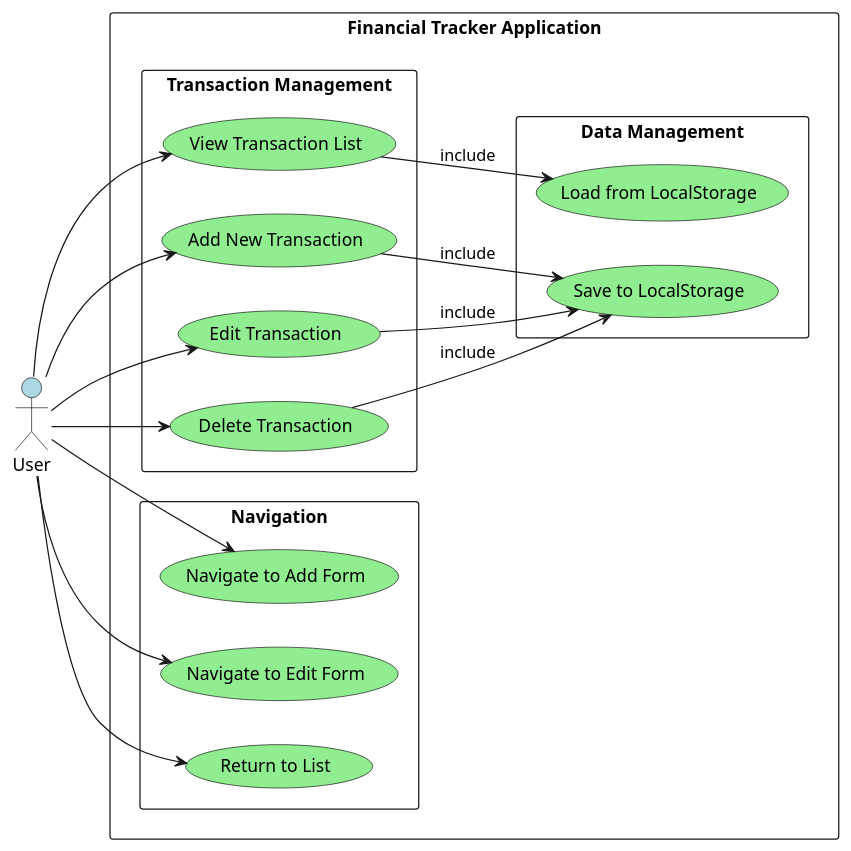
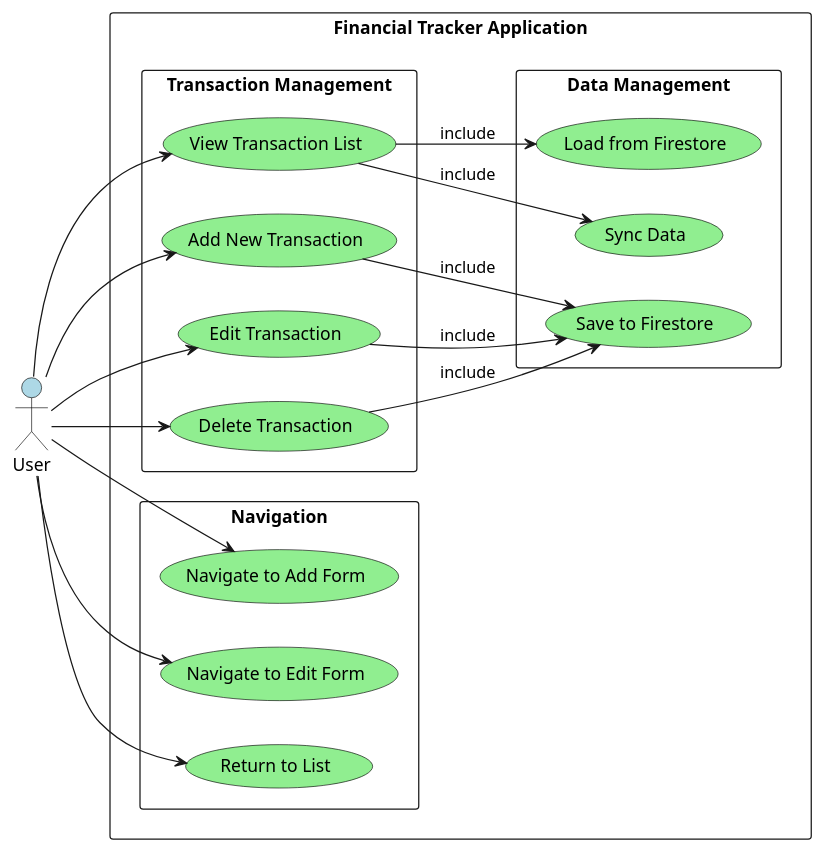
The first of 16 diagrams in README.md (MarchianTz/test_subj), drawn with PlantUML before and after one commit. The commit also changed other lines of this file, not shown here.

````diff
--- a/README.md
+++ b/README.md
@@ -158,49 +158,51 @@
 ```plantuml
 @startuml Use Case Diagram - Financial Tracker
 left to right direction
 skinparam actor {
     BackgroundColor #LightBlue
     BorderColor #000000
 }
 
 skinparam usecase {
     BackgroundColor #LightGreen
     BorderColor #000000
 }
 
 actor "User" as user
 
 rectangle "Financial Tracker Application" as system {
     rectangle "Transaction Management" as transaction {
         usecase "View Transaction List" as view_list
         usecase "Add New Transaction" as add_transaction
         usecase "Edit Transaction" as edit_transaction
         usecase "Delete Transaction" as delete_transaction
     }
     
     rectangle "Navigation" as navigation {
         usecase "Navigate to Add Form" as nav_add
         usecase "Navigate to Edit Form" as nav_edit
         usecase "Return to List" as nav_back
     }
     
     rectangle "Data Management" as data {
-        usecase "Save to LocalStorage" as save_data
-        usecase "Load from LocalStorage" as load_data
+        usecase "Save to Firestore" as save_data
+        usecase "Load from Firestore" as load_data
+        usecase "Sync Data" as sync_data
     }
 }
 
 user --> view_list
 user --> add_transaction
 user --> edit_transaction
 user --> delete_transaction
 user --> nav_add
 user --> nav_edit
 user --> nav_back
 
 view_list --> load_data : include
 add_transaction --> save_data : include
 edit_transaction --> save_data : include
 delete_transaction --> save_data : include
+view_list --> sync_data : include
 @enduml
 ```
````
